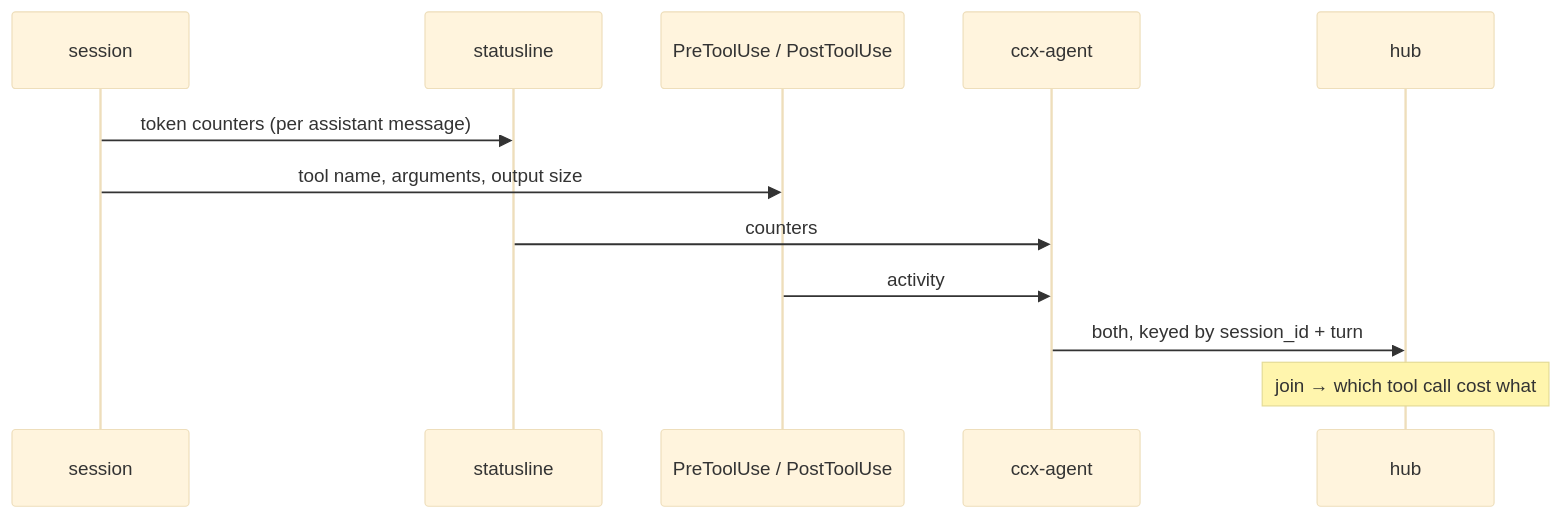
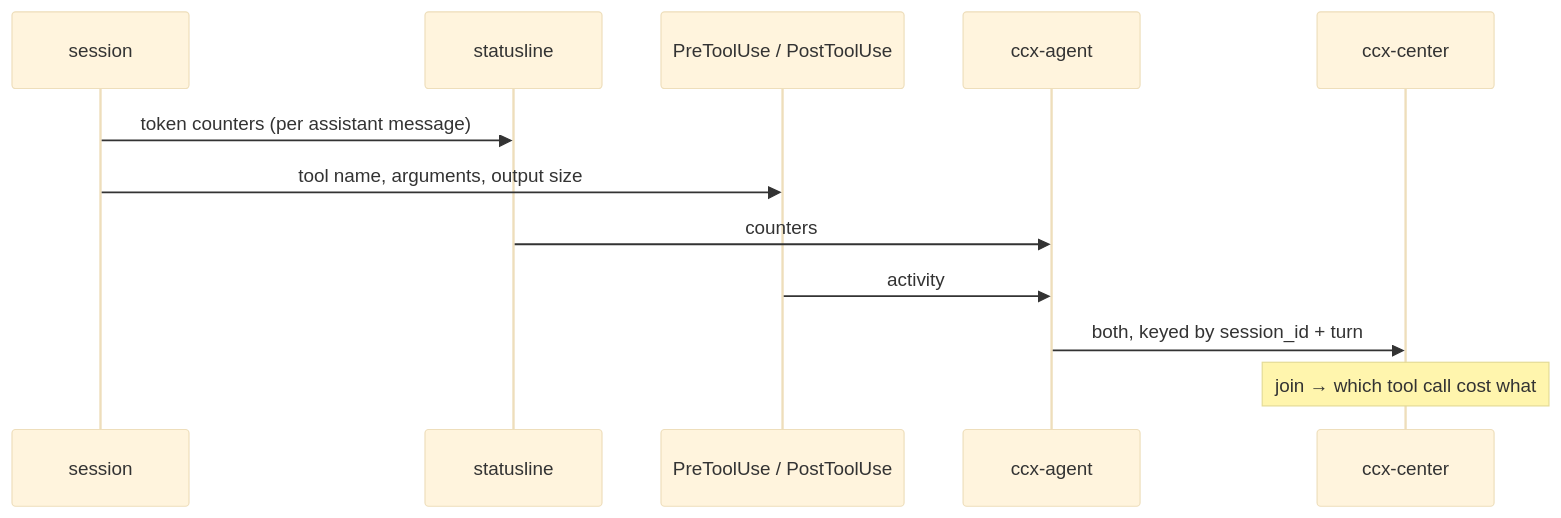
The sixth of 8 diagrams in docs/design/use-cases.md (TakashiAihara/ccx), drawn with Mermaid (base theme) before and after one commit. The commit also changed other lines of this file and 64 other files, not shown here.

First line of the commit message:
chore: unify the center's name as ccx-center (apps/center, CCX_CENTER_*, [center])

````diff
--- a/docs/design/use-cases.md
+++ b/docs/design/use-cases.md
@@ -208,15 +208,15 @@
 ```mermaid
 sequenceDiagram
     participant S as session
     participant SL as statusline
     participant HK as PreToolUse / PostToolUse
     participant AGENT as ccx-agent
-    participant HUB as hub
+    participant CENTER as ccx-center
 
     S->>SL: token counters (per assistant message)
     S->>HK: tool name, arguments, output size
     SL->>AGENT: counters
     HK->>AGENT: activity
-    AGENT->>HUB: both, keyed by session_id + turn
-    Note over HUB: join → which tool call cost what
+    AGENT->>CENTER: both, keyed by session_id + turn
+    Note over CENTER: join → which tool call cost what
 ```
````
